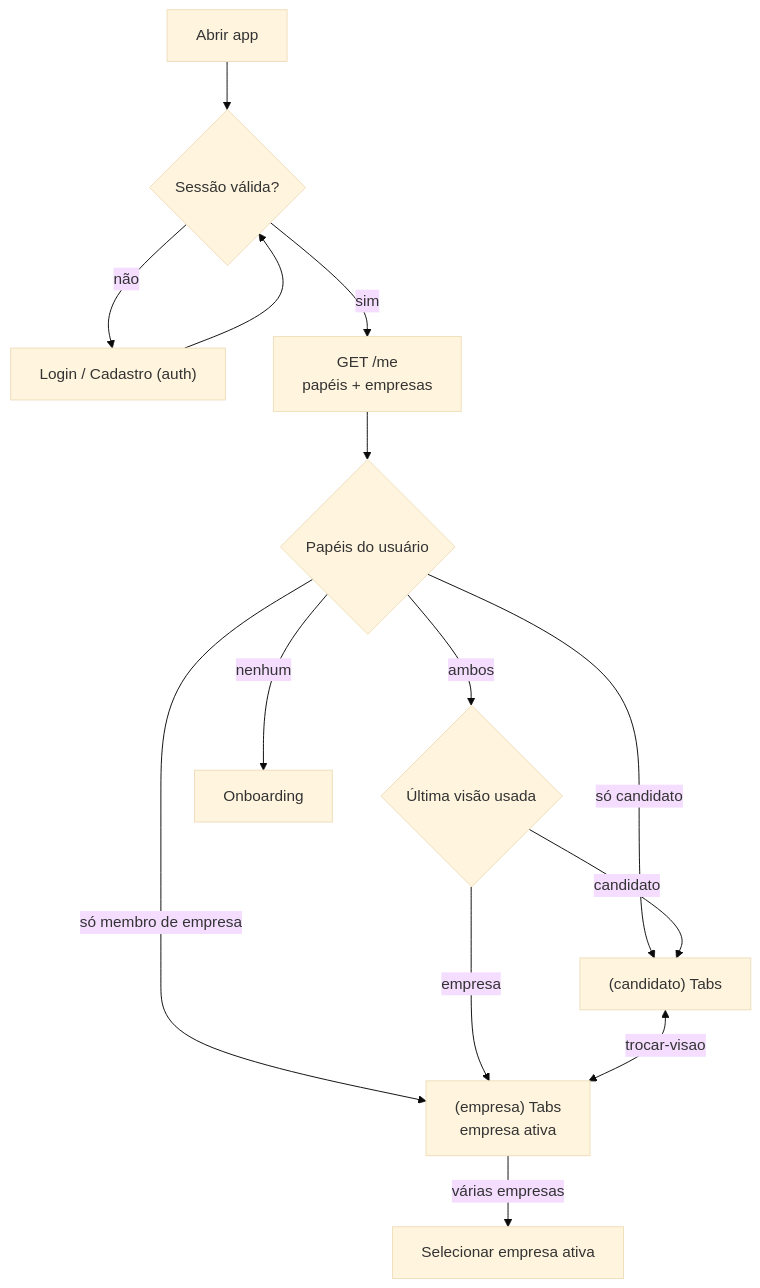
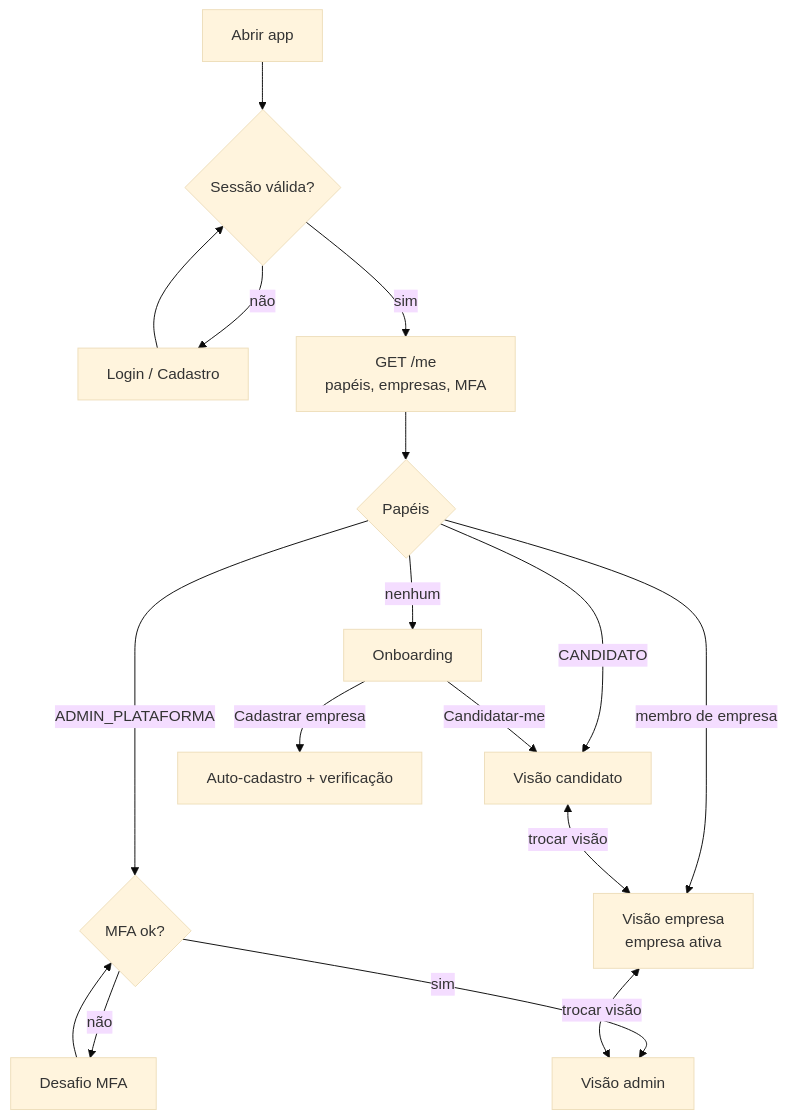
The second of 18 diagrams in docs/plano-sistema.md (RenatoBS/sistema-candidatura-vagas), drawn with Mermaid (base theme) before and after one commit. The commit also changed other lines of this file and 23 other files, not shown here.

````diff
--- a/docs/plano-sistema.md
+++ b/docs/plano-sistema.md
@@ -253,16 +308,19 @@
 ```mermaid
 flowchart TD
   A[Abrir app] --> B{Sessão válida?}
-  B -- não --> L["Login / Cadastro (auth)"]
+  B -- não --> L["Login / Cadastro"]
   L --> B
-  B -- sim --> C["GET /me<br/>papéis + empresas"]
-  C --> D{Papéis do usuário}
-  D -- só candidato --> CAND["(candidato) Tabs"]
-  D -- só membro de empresa --> EMP["(empresa) Tabs<br/>empresa ativa"]
-  D -- ambos --> U{Última visão usada}
-  U -- candidato --> CAND
-  U -- empresa --> EMP
+  B -- sim --> C["GET /me<br/>papéis, empresas, MFA"]
+  C --> D{Papéis}
+  D -- ADMIN_PLATAFORMA --> M{MFA ok?}
+  M -- não --> MF["Desafio MFA"]
+  MF --> M
+  M -- sim --> ADM["Visão admin"]
+  D -- CANDIDATO --> CAND["Visão candidato"]
+  D -- membro de empresa --> EMP["Visão empresa<br/>empresa ativa"]
   D -- nenhum --> ON["Onboarding"]
-  CAND <-- "trocar-visao" --> EMP
-  EMP -- "várias empresas" --> SEL[Selecionar empresa ativa]
+  ON -- "Cadastrar empresa" --> CE["Auto-cadastro + verificação"]
+  ON -- "Candidatar-me" --> CAND
+  CAND <-- "trocar visão" --> EMP
+  EMP <-- "trocar visão" --> ADM
 ```
````
